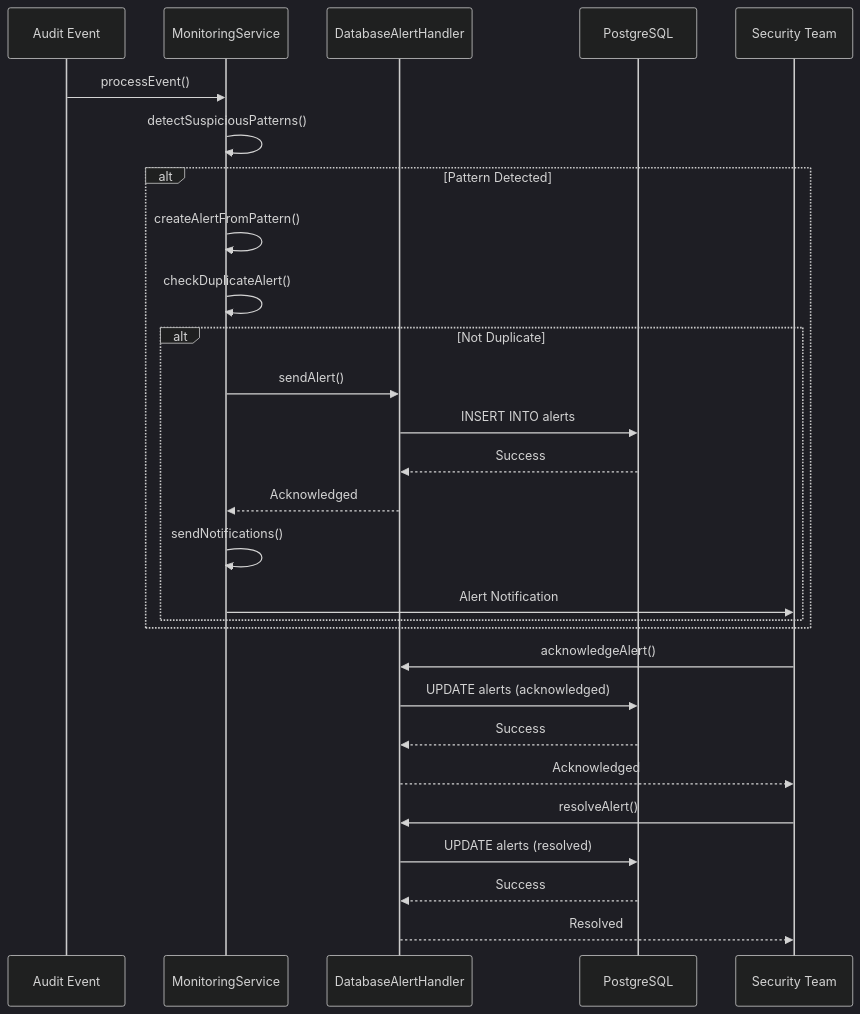
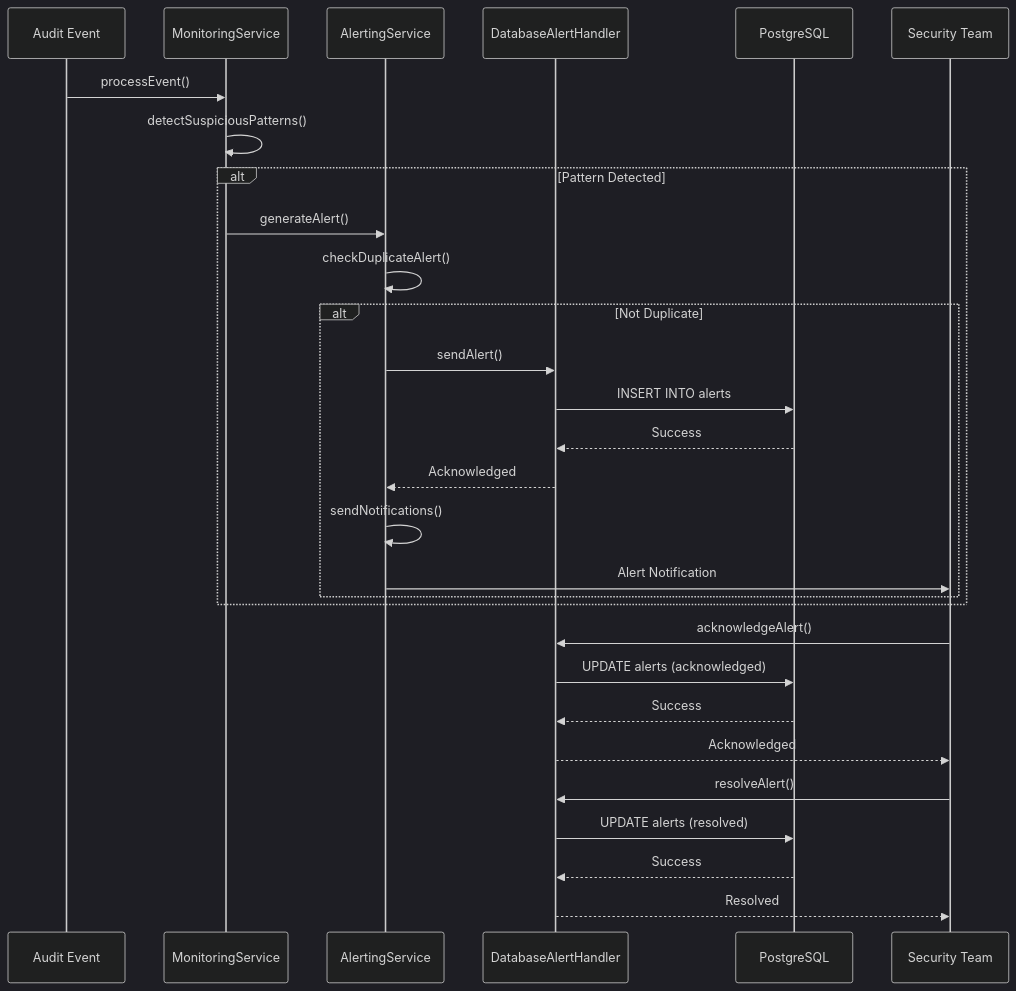
Before and after one commit to smedrec/smart-logs: the fifth of 6 diagrams in .qoder/repowiki/en/content/Audit Core System/Security/Database Security Alerting.md, drawn with Mermaid (dark theme). The commit also changed other lines of this file and 12 other files, not shown here.

````diff
--- a/.qoder/repowiki/en/content/Audit Core System/Security/Database Security Alerting.md
+++ b/.qoder/repowiki/en/content/Audit Core System/Security/Database Security Alerting.md
@@ -210,30 +274,31 @@
 ```mermaid
 sequenceDiagram
 participant Event as Audit Event
 participant Monitor as MonitoringService
+participant Alerting as AlertingService
 participant Handler as DatabaseAlertHandler
 participant DB as PostgreSQL
 participant User as Security Team
 Event->>Monitor : processEvent()
 Monitor->>Monitor : detectSuspiciousPatterns()
 alt Pattern Detected
-Monitor->>Monitor : createAlertFromPattern()
-Monitor->>Monitor : checkDuplicateAlert()
+Monitor->>Alerting : generateAlert()
+Alerting->>Alerting : checkDuplicateAlert()
 alt Not Duplicate
-Monitor->>Handler : sendAlert()
+Alerting->>Handler : sendAlert()
 Handler->>DB : INSERT INTO alerts
 DB-->>Handler : Success
-Handler-->>Monitor : Acknowledged
-Monitor->>Monitor : sendNotifications()
-Monitor->>User : Alert Notification
+Handler-->>Alerting : Acknowledged
+Alerting->>Alerting : sendNotifications()
+Alerting->>User : Alert Notification
 end
 end
 User->>Handler : acknowledgeAlert()
 Handler->>DB : UPDATE alerts (acknowledged)
 DB-->>Handler : Success
 Handler-->>User : Acknowledged
 User->>Handler : resolveAlert()
 Handler->>DB : UPDATE alerts (resolved)
 DB-->>Handler : Success
 Handler-->>User : Resolved
 ```
````
